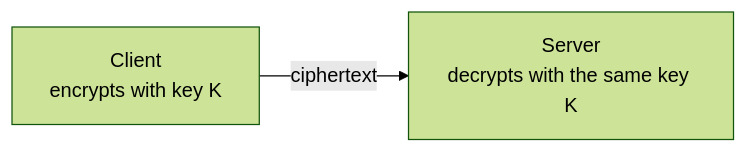
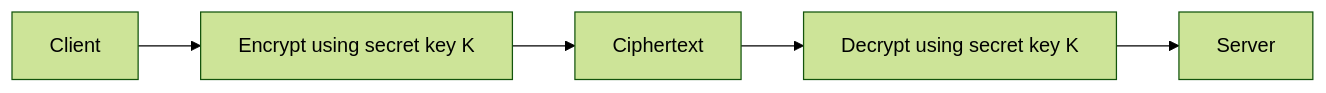
Before and after one commit to HARRISAMIN432/system-design-hld: the third of 13 diagrams in 13_How_HTTPs_Works/README.md, drawn with Mermaid (forest theme). The commit also changed other lines of this file and 11 other files, not shown here.

````diff
--- a/13_How_HTTPs_Works/README.md
+++ b/13_How_HTTPs_Works/README.md
@@ -55,4 +182,7 @@
 ```mermaid
 flowchart LR
-    C["Client<br/>encrypts with key K"] -- "ciphertext" --> S["Server<br/>decrypts with the same key K"]
+    A["Client"] --> B["Encrypt using secret key K"]
+    B --> C["Ciphertext"]
+    C --> D["Decrypt using secret key K"]
+    D --> E["Server"]
 ```
````
